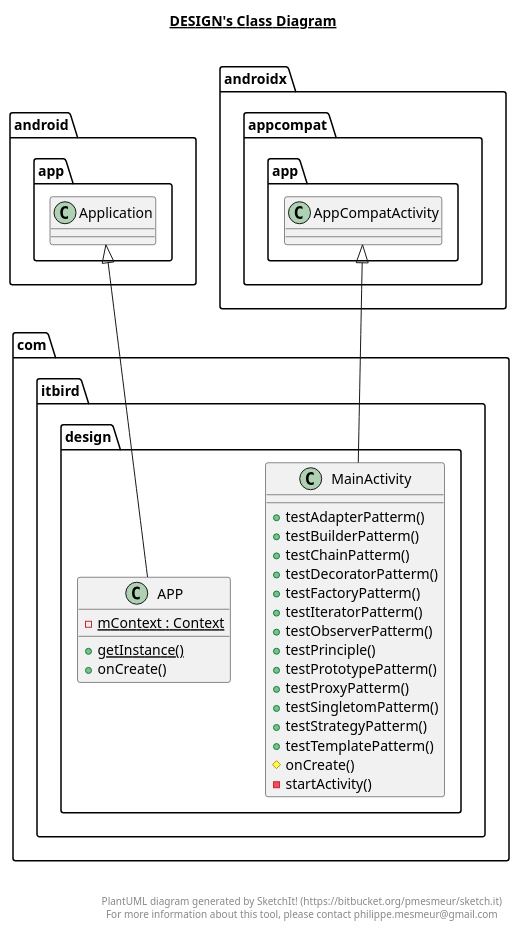
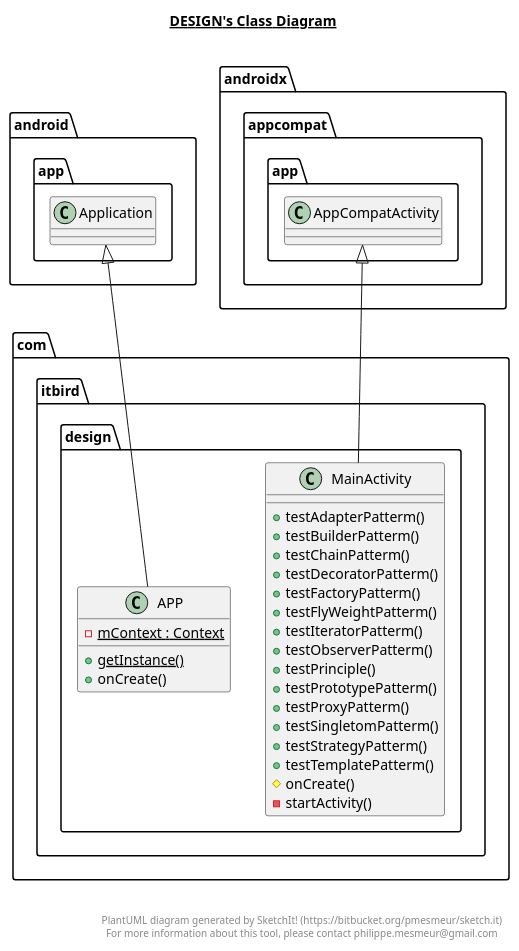
Before and after one commit to xfkang/DesignPatternPractice: the diagram in app/src/main/java/com/itbird/design/design.plantuml, drawn with PlantUML. The commit also changed 38 other files, not shown here.

```diff
--- a/app/src/main/java/com/itbird/design/design.plantuml
+++ b/app/src/main/java/com/itbird/design/design.plantuml
@@ -1,46 +1,47 @@
 @startuml
 
 title __DESIGN's Class Diagram__\n
 
   namespace com.itbird.design {
     class com.itbird.design.APP {
         {static} - mContext : Context
         {static} + getInstance()
         + onCreate()
     }
   }
   
 
   namespace com.itbird.design {
     class com.itbird.design.MainActivity {
         + testAdapterPatterm()
         + testBuilderPatterm()
         + testChainPatterm()
         + testDecoratorPatterm()
         + testFactoryPatterm()
+        + testFlyWeightPatterm()
         + testIteratorPatterm()
         + testObserverPatterm()
         + testPrinciple()
         + testPrototypePatterm()
         + testProxyPatterm()
         + testSingletomPatterm()
         + testStrategyPatterm()
         + testTemplatePatterm()
         # onCreate()
         - startActivity()
     }
   }
   
 
   com.itbird.design.APP -up-|> android.app.Application
   com.itbird.design.MainActivity -up-|> androidx.appcompat.app.AppCompatActivity
 
 
 right footer
 
 
 PlantUML diagram generated by SketchIt! (https://bitbucket.org/pmesmeur/sketch.it)
 For more information about this tool, please contact philippe.mesmeur@gmail.com
 endfooter
 
 @enduml
```
